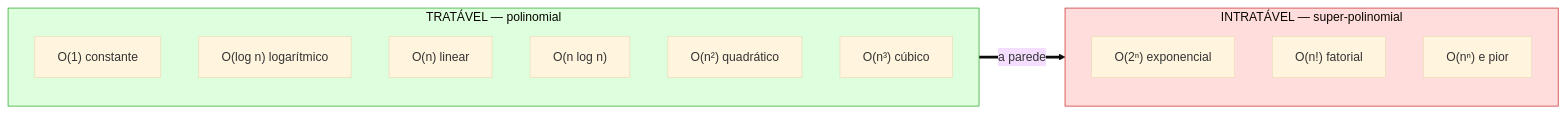
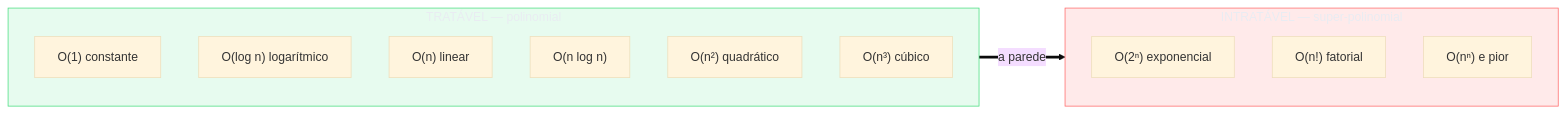
The first of 5 diagrams in 03-Dominios/Ciência/Algoritmos/13 - Intratabilidade.md (josenaldo/codex-technomanticus), drawn with Mermaid (base theme) before and after one commit. The commit also changed other lines of this file and 1181 other files, not shown here.

First line of the commit message:
fix(diagramas): paleta do sistema no lugar de cor cravada no markdown

````diff
--- a/03-Dominios/Ciência/Algoritmos/13 - Intratabilidade.md
+++ b/03-Dominios/Ciência/Algoritmos/13 - Intratabilidade.md
@@ -42,22 +42,24 @@
 ```mermaid
 flowchart LR
+    classDef ok fill:#4ADE8021,stroke:#4ADE80,color:#E9ECF2
+    classDef falha fill:#FF6B6B24,stroke:#FF6B6B,color:#E9ECF2
     subgraph TRATAVEL["TRATÁVEL — polinomial"]
         direction TB
         A["O(1) constante"]
         B["O(log n) logarítmico"]
         C["O(n) linear"]
         D["O(n log n)"]
         E["O(n²) quadrático"]
         F["O(n³) cúbico"]
     end
     subgraph INTRATAVEL["INTRATÁVEL — super-polinomial"]
         direction TB
         G["O(2ⁿ) exponencial"]
         H["O(n!) fatorial"]
         I["O(nⁿ) e pior"]
     end
     TRATAVEL ==>|"a parede"| INTRATAVEL
 
-    style TRATAVEL fill:#dfd,stroke:#3a3
-    style INTRATAVEL fill:#fdd,stroke:#c33
+    class TRATAVEL ok
+    class INTRATAVEL falha
 ```
````
